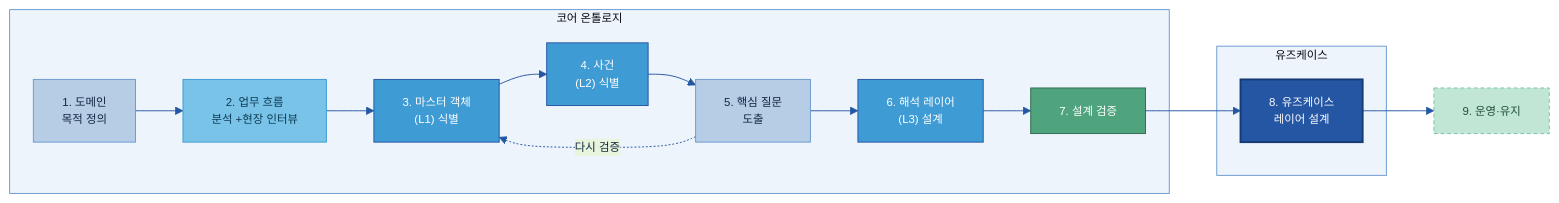
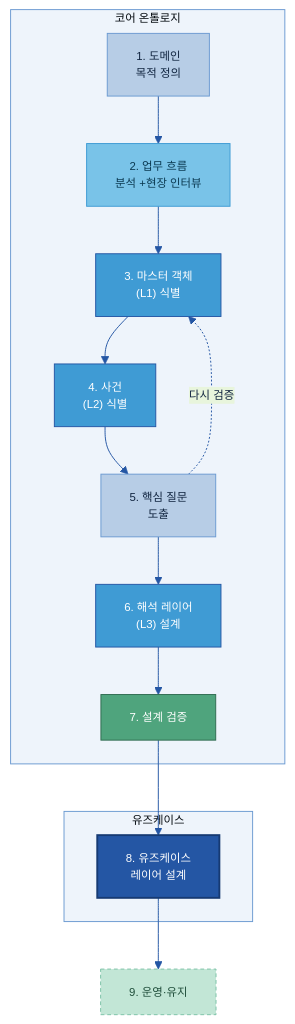
The sixth of 7 diagrams in 가이드 작성/B-3 온톨로지/B-3 온톨로지.md (jin-kearney/ai-ready-data-manual), drawn with Mermaid before and after one commit. The commit also changed other lines of this file, not shown here.

Commit message:
docs(B-3): §3.2 9단계 다이어그램 가로(LR)→세로(TB)로 — 아래 표와 정렬

````diff
--- a/가이드 작성/B-3 온톨로지/B-3 온톨로지.md
+++ b/가이드 작성/B-3 온톨로지/B-3 온톨로지.md
@@ -360,25 +360,25 @@
 ```mermaid
 %%{init: {'theme':'base','themeVariables':{'primaryColor':'#DCE8F5','primaryBorderColor':'#2456A4','primaryTextColor':'#10243f','lineColor':'#2456A4','clusterBkg':'#EEF4FB','clusterBorder':'#6B9AD1','fontSize':'12px'}}}%%
-flowchart LR
+flowchart TB
     subgraph CORE["코어 온톨로지"]
         S1["1. 도메인\n목적 정의"]:::n
         S2["2. 업무 흐름\n분석 +현장 인터뷰"]:::src
         S3["3. 마스터 객체\n(L1) 식별"]:::gate
         S4["4. 사건\n(L2) 식별"]:::gate
         S5["5. 핵심 질문\n도출"]:::n
         S6["6. 해석 레이어\n(L3) 설계"]:::gate
         S7["7. 설계 검증"]:::loop
     end
     subgraph UC["유즈케이스"]
         S8["8. 유즈케이스\n레이어 설계"]:::cat
     end
     S9["9. 운영·유지"]:::cross
     S1 --> S2 --> S3 --> S4 --> S5 --> S6 --> S7 --> S8 --> S9
     S5 -.->|"다시 검증"| S3
     classDef n fill:#B7CDE6,stroke:#6B9AD1,color:#10243f;
     classDef src fill:#79C3E8,stroke:#3F9BD4,color:#0b3a52;
     classDef gate fill:#3F9BD4,stroke:#2456A4,color:#fff;
     classDef cat fill:#2456A4,color:#fff,stroke:#163a73,stroke-width:2px;
     classDef loop fill:#4FA47D,stroke:#2f6b50,color:#fff;
     classDef cross fill:#C2E6D6,stroke:#7CC2A7,color:#1f4d3a,stroke-dasharray:4 3;
 ```
````
